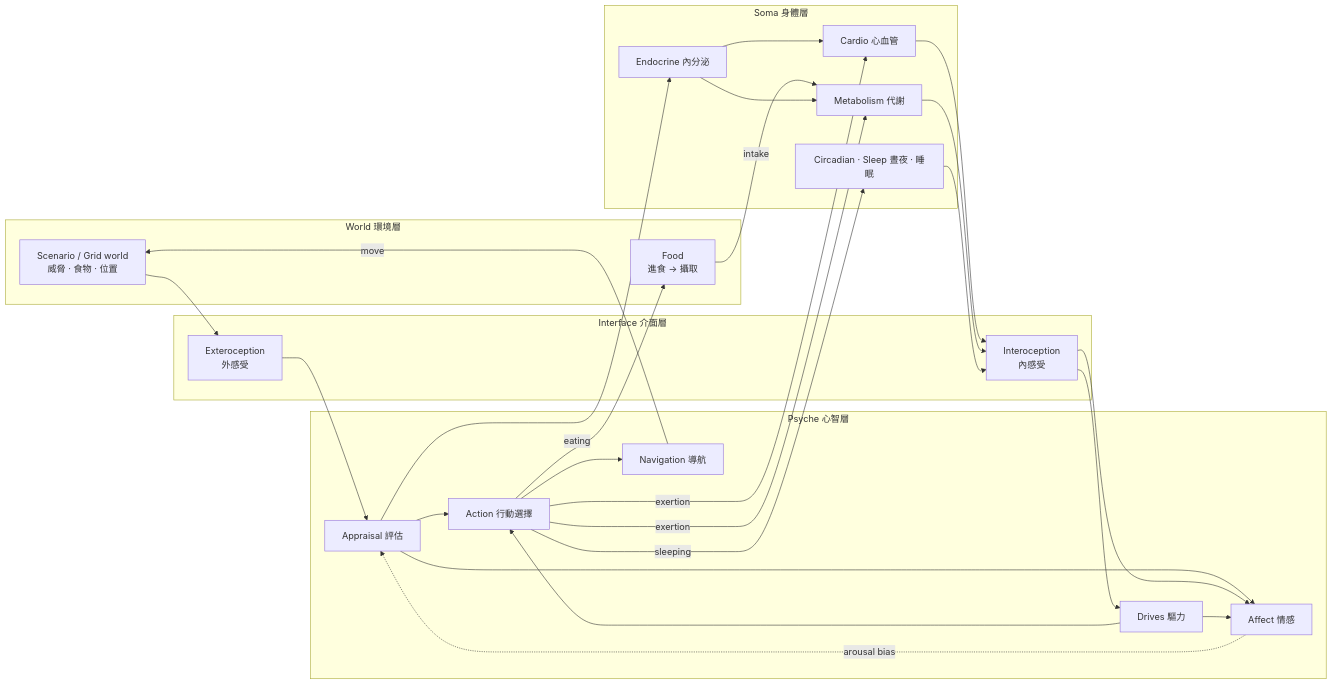
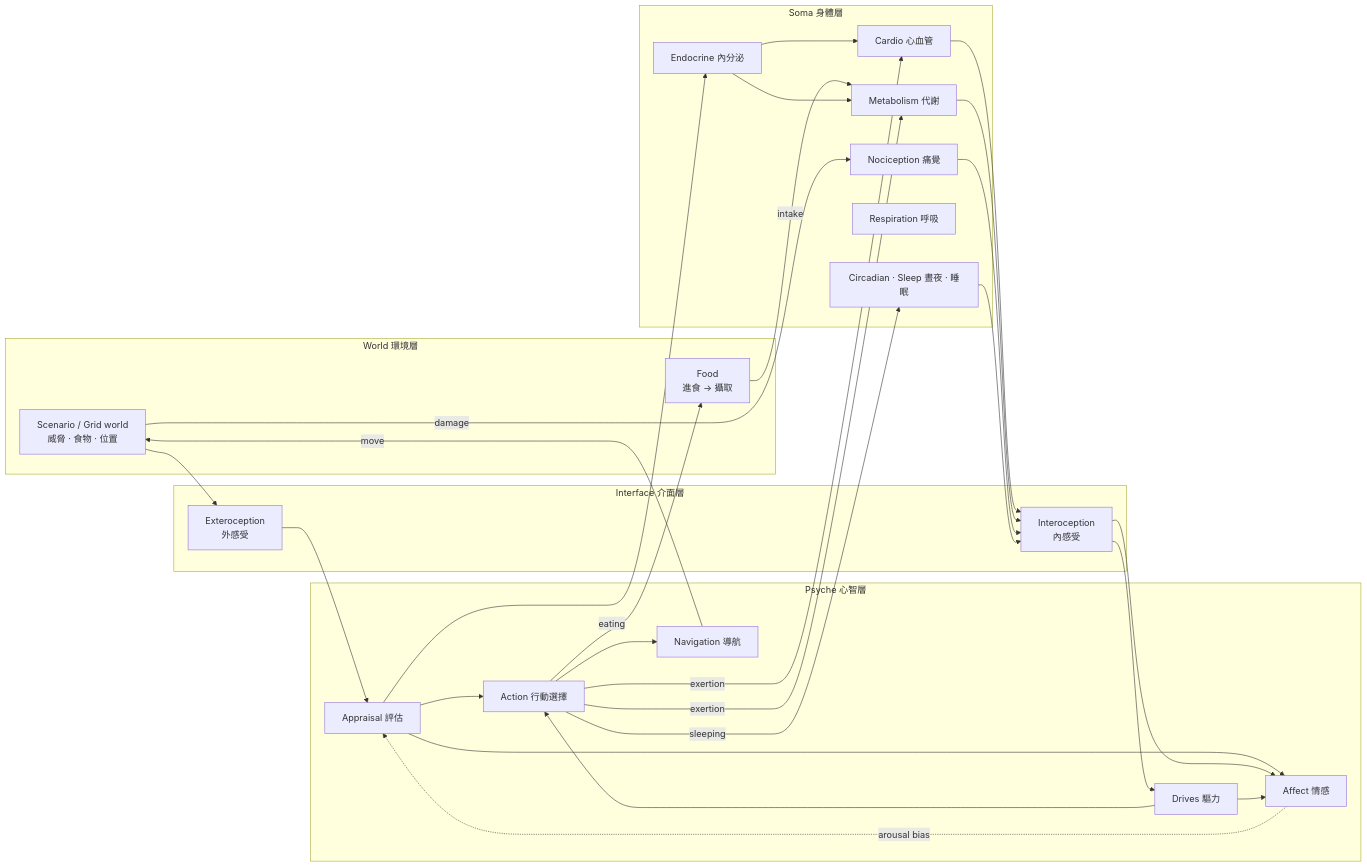
Before and after one commit to Galen-Chu/Unbodysoma: the diagram in README.md, drawn with Mermaid. The commit also changed other lines of this file and 23 other files, not shown here.

````diff
--- a/README.md
+++ b/README.md
@@ -125,45 +125,49 @@
 ```mermaid
 flowchart LR
     subgraph WORLD["World 環境層"]
         W["Scenario / Grid world<br/>威脅 · 食物 · 位置"]
         FOOD["Food<br/>進食 → 攝取"]
     end
     subgraph IFACE["Interface 介面層"]
         EXT["Exteroception<br/>外感受"]
         INT["Interoception<br/>內感受"]
     end
     subgraph PSYCHE["Psyche 心智層"]
         AP["Appraisal 評估"]
         AF["Affect 情感"]
         DR["Drives 驅力"]
         AC["Action 行動選擇"]
         NAV["Navigation 導航"]
     end
     subgraph SOMA["Soma 身體層"]
         EN["Endocrine 內分泌"]
         CV["Cardio 心血管"]
         ME["Metabolism 代謝"]
         SL["Circadian · Sleep 晝夜 · 睡眠"]
+        RE["Respiration 呼吸"]
+        NO["Nociception 痛覺"]
     end
     W --> EXT --> AP
     AP --> AF
     AP --> AC
     AP --> EN
     AC -->|exertion| CV
     AC -->|exertion| ME
     AC -->|eating| FOOD
     FOOD -->|intake| ME
     EN --> CV
     EN --> ME
     CV --> INT
     ME --> INT
+    NO --> INT
+    W -->|damage| NO
     INT --> AF
     INT --> DR
     DR --> AF
     DR --> AC
     AC -->|sleeping| SL
     SL --> INT
     AC --> NAV
     NAV -->|move| W
     AF -.->|arousal bias| AP
 ```
````
